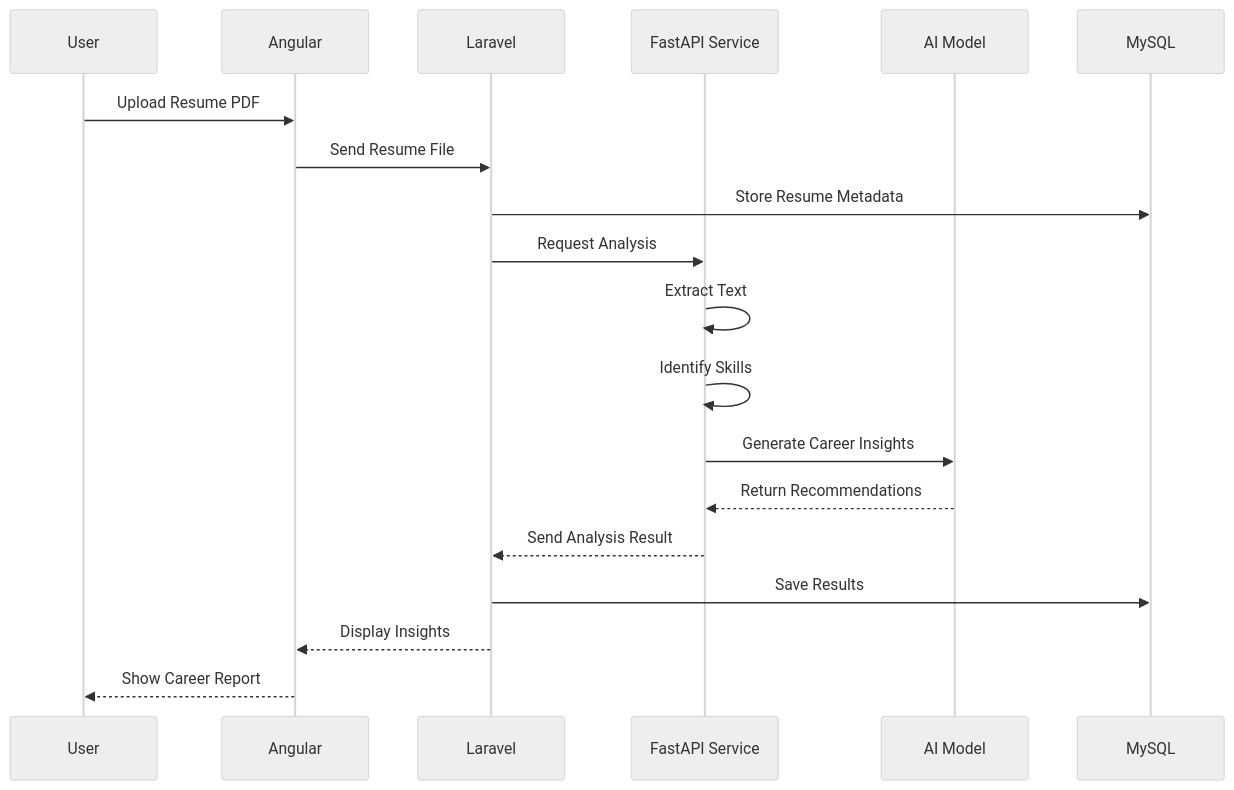
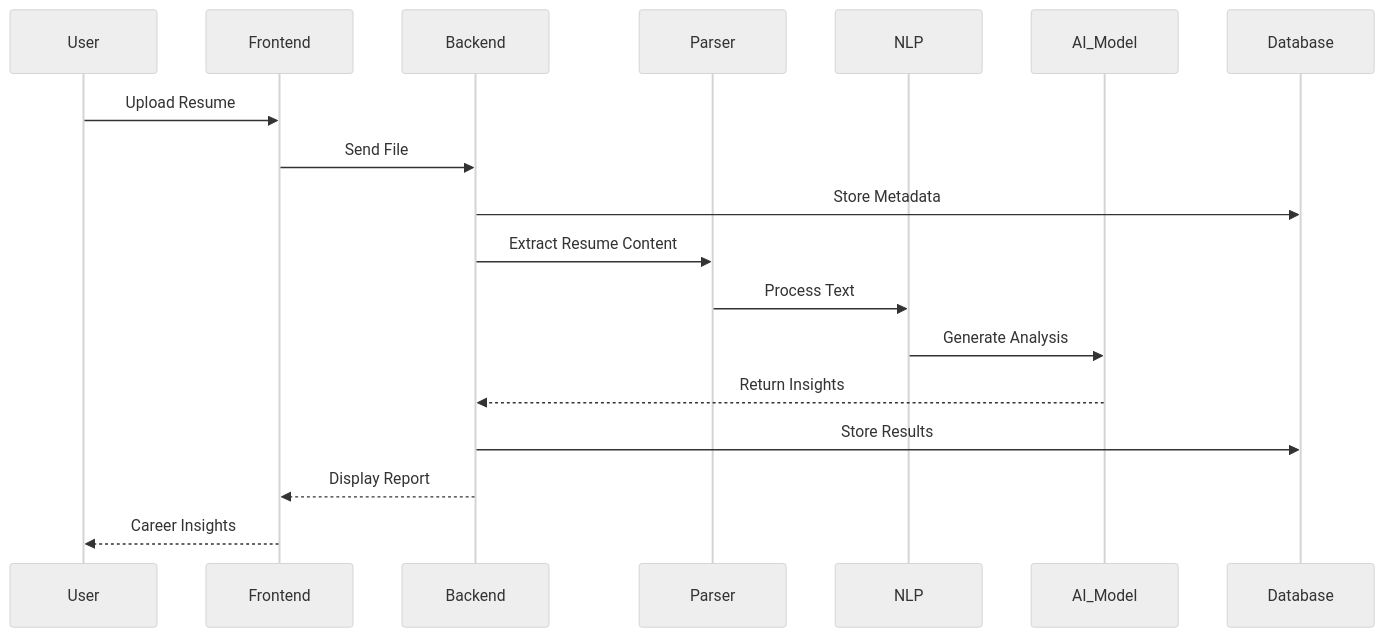
The tenth of 26 diagrams in documentation/03-system-architecture.md (kupiMZS/CareerIQ-AI), drawn with Mermaid (neutral theme) before and after one commit. The commit also changed other lines of this file and 9 other files, not shown here.

Commit message:
docs: finalize complete system documentation and architecture foundation

````diff
--- a/documentation/03-system-architecture.md
+++ b/documentation/03-system-architecture.md
@@ -675,43 +1589,41 @@
 ```mermaid
 sequenceDiagram
 
 
 participant User
 
-participant Angular
+participant Frontend
 
-participant Laravel
+participant Backend
 
-participant AI as FastAPI Service
+participant Parser
 
-participant Model as AI Model
+participant NLP
 
-participant MySQL
+participant AI_Model
+
+participant Database
 
 
 
-User->>Angular: Upload Resume PDF
+User->>Frontend: Upload Resume
 
-Angular->>Laravel: Send Resume File
+Frontend->>Backend: Send File
 
-Laravel->>MySQL: Store Resume Metadata
+Backend->>Database: Store Metadata
 
-Laravel->>AI: Request Analysis
+Backend->>Parser: Extract Resume Content
 
-AI->>AI: Extract Text
+Parser->>NLP: Process Text
 
-AI->>AI: Identify Skills
+NLP->>AI_Model: Generate Analysis
 
-AI->>Model: Generate Career Insights
+AI_Model-->>Backend: Return Insights
 
-Model-->>AI: Return Recommendations
+Backend->>Database: Store Results
 
-AI-->>Laravel: Send Analysis Result
+Backend-->>Frontend: Display Report
 
-Laravel->>MySQL: Save Results
-
-Laravel-->>Angular: Display Insights
-
-Angular-->>User: Show Career Report
+Frontend-->>User: Career Insights
 
 ```
````
